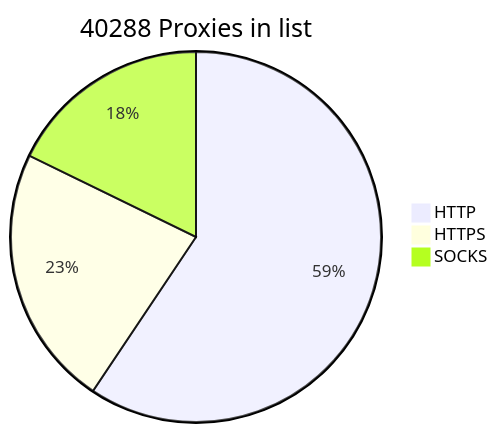
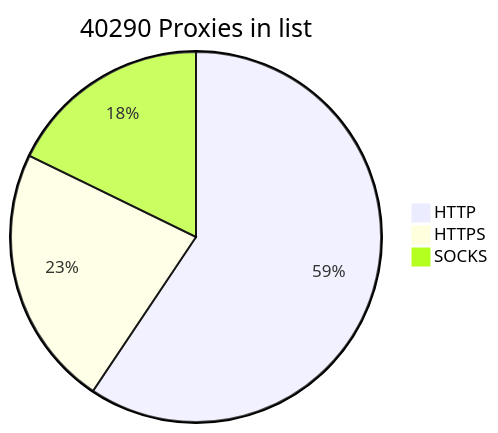
The diagram in README.md (BlackSnowDot/proxylist-update-every-minute), drawn with Mermaid before and after one commit. The commit also changed other lines of this file, not shown here.

````diff
--- a/README.md
+++ b/README.md
@@ -2,6 +2,6 @@
 ```mermaid
-pie title 40288 Proxies in list
+pie title 40290 Proxies in list
     "HTTP" : 28202
     "HTTPS": 10845
-    "SOCKS" : 8442
+    "SOCKS" : 8444
 ```
````
